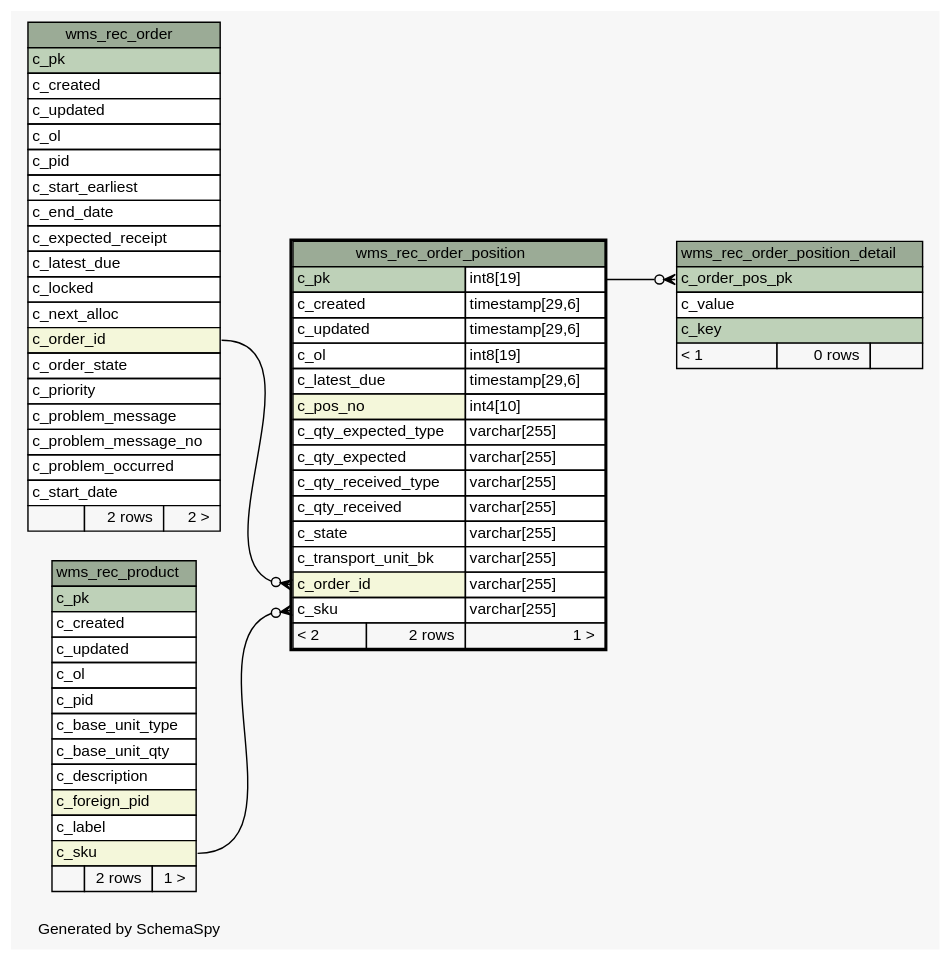
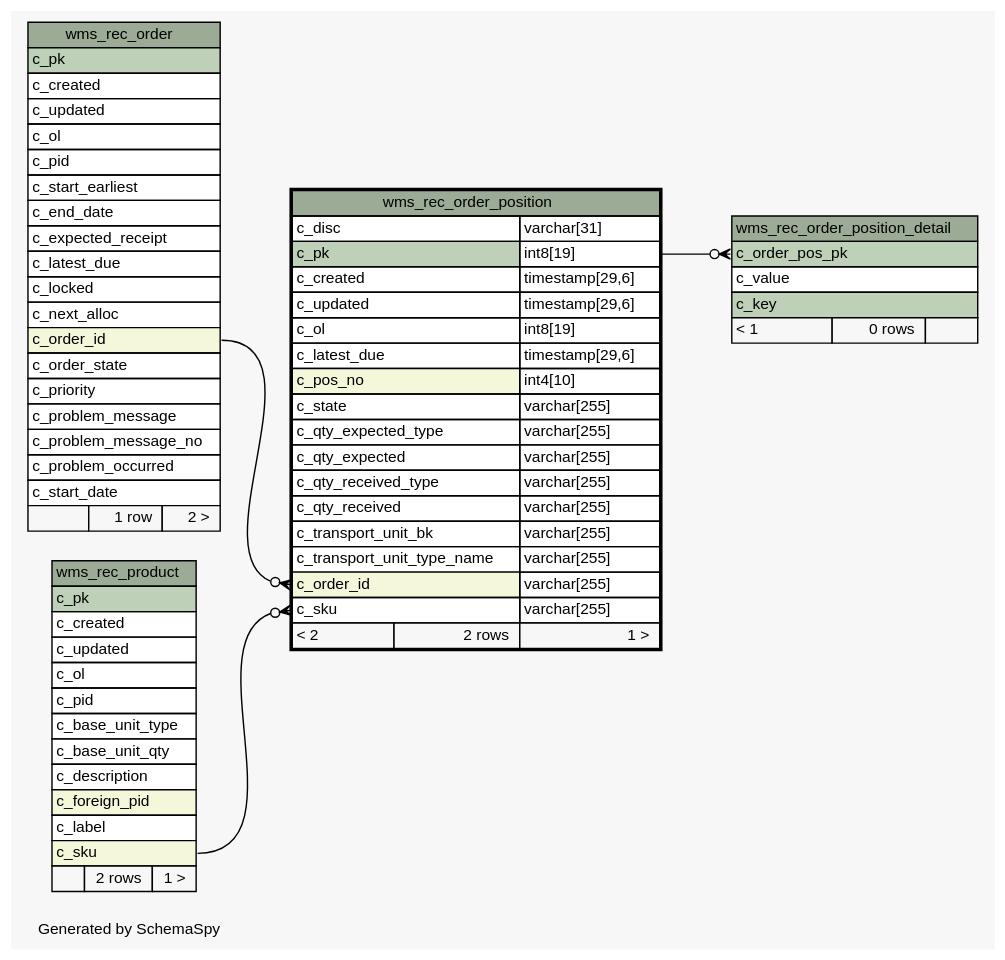
One commit to openwms/org.openwms.wms.receiving.lib changed the diagram in 1.0.0-SNAPSHOT/schemaspy/diagrams/wms_rec_order_position.1degree.dot. Above: the diagram before and after it, drawn with Graphviz. The commit also changed 336 other files, not shown here.

```diff
--- a/1.0.0-SNAPSHOT/schemaspy/diagrams/wms_rec_order_position.1degree.dot
+++ b/1.0.0-SNAPSHOT/schemaspy/diagrams/wms_rec_order_position.1degree.dot
@@ -1,107 +1,109 @@
-// dot 2.43.0 on Linux 5.8.0-1040-azure
+// dot 2.43.0 on Linux 5.8.0-1041-azure
 // SchemaSpy rev Unknown
 digraph "oneDegreeRelationshipsDiagram" {
   graph [
     rankdir="RL"
     bgcolor="#f7f7f7"
     label="\nGenerated by SchemaSpy"
     labeljust="l"
     nodesep="0.18"
     ranksep="0.46"
     fontname="Helvetica"
     fontsize="11"
   ];
   node [
     fontname="Helvetica"
     fontsize="11"
     shape="plaintext"
   ];
   edge [
     arrowsize="0.8"
   ];
   "wms_rec_order_position":"c_order_id":w -> "wms_rec_order":"c_order_id":e [arrowhead=none dir=back arrowtail=crowodot];
   "wms_rec_order_position":"c_sku":w -> "wms_rec_product":"c_sku":e [arrowhead=none dir=back arrowtail=crowodot];
   "wms_rec_order_position_detail":"c_order_pos_pk":w -> "wms_rec_order_position":"c_pk.type":e [arrowhead=none dir=back arrowtail=crowodot];
   "wms_rec_order" [
     label=<
     <TABLE BORDER="0" CELLBORDER="1" CELLSPACING="0" BGCOLOR="#ffffff">
       <TR><TD COLSPAN="3" BGCOLOR="#9bab96" ALIGN="CENTER">wms_rec_order</TD></TR>
       <TR><TD PORT="c_pk" COLSPAN="3" BGCOLOR="#bed1b8" ALIGN="LEFT">c_pk</TD></TR>
       <TR><TD PORT="c_created" COLSPAN="3" ALIGN="LEFT">c_created</TD></TR>
       <TR><TD PORT="c_updated" COLSPAN="3" ALIGN="LEFT">c_updated</TD></TR>
       <TR><TD PORT="c_ol" COLSPAN="3" ALIGN="LEFT">c_ol</TD></TR>
       <TR><TD PORT="c_pid" COLSPAN="3" ALIGN="LEFT">c_pid</TD></TR>
       <TR><TD PORT="c_start_earliest" COLSPAN="3" ALIGN="LEFT">c_start_earliest</TD></TR>
       <TR><TD PORT="c_end_date" COLSPAN="3" ALIGN="LEFT">c_end_date</TD></TR>
       <TR><TD PORT="c_expected_receipt" COLSPAN="3" ALIGN="LEFT">c_expected_receipt</TD></TR>
       <TR><TD PORT="c_latest_due" COLSPAN="3" ALIGN="LEFT">c_latest_due</TD></TR>
       <TR><TD PORT="c_locked" COLSPAN="3" ALIGN="LEFT">c_locked</TD></TR>
       <TR><TD PORT="c_next_alloc" COLSPAN="3" ALIGN="LEFT">c_next_alloc</TD></TR>
       <TR><TD PORT="c_order_id" COLSPAN="3" BGCOLOR="#f4f7da" ALIGN="LEFT">c_order_id</TD></TR>
       <TR><TD PORT="c_order_state" COLSPAN="3" ALIGN="LEFT">c_order_state</TD></TR>
       <TR><TD PORT="c_priority" COLSPAN="3" ALIGN="LEFT">c_priority</TD></TR>
       <TR><TD PORT="c_problem_message" COLSPAN="3" ALIGN="LEFT">c_problem_message</TD></TR>
       <TR><TD PORT="c_problem_message_no" COLSPAN="3" ALIGN="LEFT">c_problem_message_no</TD></TR>
       <TR><TD PORT="c_problem_occurred" COLSPAN="3" ALIGN="LEFT">c_problem_occurred</TD></TR>
       <TR><TD PORT="c_start_date" COLSPAN="3" ALIGN="LEFT">c_start_date</TD></TR>
-      <TR><TD ALIGN="LEFT" BGCOLOR="#f7f7f7">  </TD><TD ALIGN="RIGHT" BGCOLOR="#f7f7f7">2 rows</TD><TD ALIGN="RIGHT" BGCOLOR="#f7f7f7">2 &gt;</TD></TR>
+      <TR><TD ALIGN="LEFT" BGCOLOR="#f7f7f7">  </TD><TD ALIGN="RIGHT" BGCOLOR="#f7f7f7">1 row</TD><TD ALIGN="RIGHT" BGCOLOR="#f7f7f7">2 &gt;</TD></TR>
     </TABLE>>
     URL="wms_rec_order.html"
     tooltip="wms_rec_order"
   ];
   "wms_rec_order_position" [
     label=<
     <TABLE BORDER="2" CELLBORDER="1" CELLSPACING="0" BGCOLOR="#ffffff">
       <TR><TD COLSPAN="3" BGCOLOR="#9bab96" ALIGN="CENTER">wms_rec_order_position</TD></TR>
+      <TR><TD PORT="c_disc" COLSPAN="2" ALIGN="LEFT">c_disc</TD><TD PORT="c_disc.type" ALIGN="LEFT">varchar[31]</TD></TR>
       <TR><TD PORT="c_pk" COLSPAN="2" BGCOLOR="#bed1b8" ALIGN="LEFT">c_pk</TD><TD PORT="c_pk.type" ALIGN="LEFT">int8[19]</TD></TR>
       <TR><TD PORT="c_created" COLSPAN="2" ALIGN="LEFT">c_created</TD><TD PORT="c_created.type" ALIGN="LEFT">timestamp[29,6]</TD></TR>
       <TR><TD PORT="c_updated" COLSPAN="2" ALIGN="LEFT">c_updated</TD><TD PORT="c_updated.type" ALIGN="LEFT">timestamp[29,6]</TD></TR>
       <TR><TD PORT="c_ol" COLSPAN="2" ALIGN="LEFT">c_ol</TD><TD PORT="c_ol.type" ALIGN="LEFT">int8[19]</TD></TR>
       <TR><TD PORT="c_latest_due" COLSPAN="2" ALIGN="LEFT">c_latest_due</TD><TD PORT="c_latest_due.type" ALIGN="LEFT">timestamp[29,6]</TD></TR>
       <TR><TD PORT="c_pos_no" COLSPAN="2" BGCOLOR="#f4f7da" ALIGN="LEFT">c_pos_no</TD><TD PORT="c_pos_no.type" ALIGN="LEFT">int4[10]</TD></TR>
+      <TR><TD PORT="c_state" COLSPAN="2" ALIGN="LEFT">c_state</TD><TD PORT="c_state.type" ALIGN="LEFT">varchar[255]</TD></TR>
       <TR><TD PORT="c_qty_expected_type" COLSPAN="2" ALIGN="LEFT">c_qty_expected_type</TD><TD PORT="c_qty_expected_type.type" ALIGN="LEFT">varchar[255]</TD></TR>
       <TR><TD PORT="c_qty_expected" COLSPAN="2" ALIGN="LEFT">c_qty_expected</TD><TD PORT="c_qty_expected.type" ALIGN="LEFT">varchar[255]</TD></TR>
       <TR><TD PORT="c_qty_received_type" COLSPAN="2" ALIGN="LEFT">c_qty_received_type</TD><TD PORT="c_qty_received_type.type" ALIGN="LEFT">varchar[255]</TD></TR>
       <TR><TD PORT="c_qty_received" COLSPAN="2" ALIGN="LEFT">c_qty_received</TD><TD PORT="c_qty_received.type" ALIGN="LEFT">varchar[255]</TD></TR>
-      <TR><TD PORT="c_state" COLSPAN="2" ALIGN="LEFT">c_state</TD><TD PORT="c_state.type" ALIGN="LEFT">varchar[255]</TD></TR>
       <TR><TD PORT="c_transport_unit_bk" COLSPAN="2" ALIGN="LEFT">c_transport_unit_bk</TD><TD PORT="c_transport_unit_bk.type" ALIGN="LEFT">varchar[255]</TD></TR>
+      <TR><TD PORT="c_transport_unit_type_name" COLSPAN="2" ALIGN="LEFT">c_transport_unit_type_name</TD><TD PORT="c_transport_unit_type_name.type" ALIGN="LEFT">varchar[255]</TD></TR>
       <TR><TD PORT="c_order_id" COLSPAN="2" BGCOLOR="#f4f7da" ALIGN="LEFT">c_order_id</TD><TD PORT="c_order_id.type" ALIGN="LEFT">varchar[255]</TD></TR>
       <TR><TD PORT="c_sku" COLSPAN="2" ALIGN="LEFT">c_sku</TD><TD PORT="c_sku.type" ALIGN="LEFT">varchar[255]</TD></TR>
       <TR><TD ALIGN="LEFT" BGCOLOR="#f7f7f7">&lt; 2</TD><TD ALIGN="RIGHT" BGCOLOR="#f7f7f7">2 rows</TD><TD ALIGN="RIGHT" BGCOLOR="#f7f7f7">1 &gt;</TD></TR>
     </TABLE>>
     URL="wms_rec_order_position.html"
     tooltip="wms_rec_order_position"
   ];
   "wms_rec_order_position_detail" [
     label=<
     <TABLE BORDER="0" CELLBORDER="1" CELLSPACING="0" BGCOLOR="#ffffff">
       <TR><TD COLSPAN="3" BGCOLOR="#9bab96" ALIGN="CENTER">wms_rec_order_position_detail</TD></TR>
       <TR><TD PORT="c_order_pos_pk" COLSPAN="3" BGCOLOR="#bed1b8" ALIGN="LEFT">c_order_pos_pk</TD></TR>
       <TR><TD PORT="c_value" COLSPAN="3" ALIGN="LEFT">c_value</TD></TR>
       <TR><TD PORT="c_key" COLSPAN="3" BGCOLOR="#bed1b8" ALIGN="LEFT">c_key</TD></TR>
       <TR><TD ALIGN="LEFT" BGCOLOR="#f7f7f7">&lt; 1</TD><TD ALIGN="RIGHT" BGCOLOR="#f7f7f7">0 rows</TD><TD ALIGN="RIGHT" BGCOLOR="#f7f7f7">  </TD></TR>
     </TABLE>>
     URL="wms_rec_order_position_detail.html"
     tooltip="wms_rec_order_position_detail"
   ];
   "wms_rec_product" [
     label=<
     <TABLE BORDER="0" CELLBORDER="1" CELLSPACING="0" BGCOLOR="#ffffff">
       <TR><TD COLSPAN="3" BGCOLOR="#9bab96" ALIGN="CENTER">wms_rec_product</TD></TR>
       <TR><TD PORT="c_pk" COLSPAN="3" BGCOLOR="#bed1b8" ALIGN="LEFT">c_pk</TD></TR>
       <TR><TD PORT="c_created" COLSPAN="3" ALIGN="LEFT">c_created</TD></TR>
       <TR><TD PORT="c_updated" COLSPAN="3" ALIGN="LEFT">c_updated</TD></TR>
       <TR><TD PORT="c_ol" COLSPAN="3" ALIGN="LEFT">c_ol</TD></TR>
       <TR><TD PORT="c_pid" COLSPAN="3" ALIGN="LEFT">c_pid</TD></TR>
       <TR><TD PORT="c_base_unit_type" COLSPAN="3" ALIGN="LEFT">c_base_unit_type</TD></TR>
       <TR><TD PORT="c_base_unit_qty" COLSPAN="3" ALIGN="LEFT">c_base_unit_qty</TD></TR>
       <TR><TD PORT="c_description" COLSPAN="3" ALIGN="LEFT">c_description</TD></TR>
       <TR><TD PORT="c_foreign_pid" COLSPAN="3" BGCOLOR="#f4f7da" ALIGN="LEFT">c_foreign_pid</TD></TR>
       <TR><TD PORT="c_label" COLSPAN="3" ALIGN="LEFT">c_label</TD></TR>
       <TR><TD PORT="c_sku" COLSPAN="3" BGCOLOR="#f4f7da" ALIGN="LEFT">c_sku</TD></TR>
       <TR><TD ALIGN="LEFT" BGCOLOR="#f7f7f7">  </TD><TD ALIGN="RIGHT" BGCOLOR="#f7f7f7">2 rows</TD><TD ALIGN="RIGHT" BGCOLOR="#f7f7f7">1 &gt;</TD></TR>
     </TABLE>>
     URL="wms_rec_product.html"
     tooltip="wms_rec_product"
   ];
 }
```
